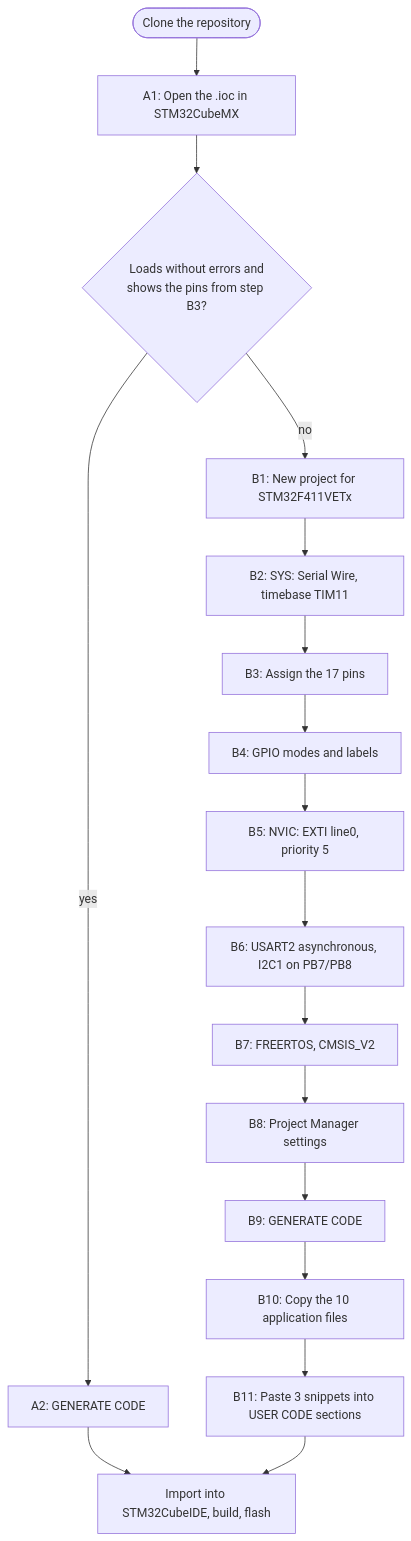
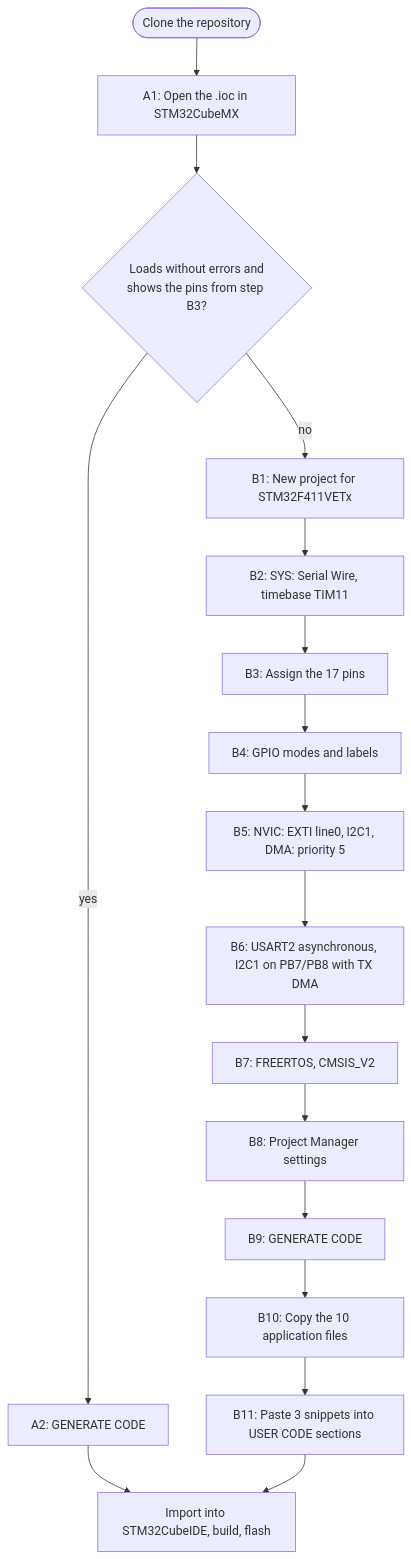
Before and after one commit to blurbler2/stm32f411-freertos-keypad: the diagram in docs/cubemx-setup.md, drawn with Mermaid. The commit also changed other lines of this file and 17 other files, not shown here.

````diff
--- a/docs/cubemx-setup.md
+++ b/docs/cubemx-setup.md
@@ -6,19 +6,19 @@
 ```mermaid
 flowchart TD
     S([Clone the repository]) --> A1[A1: Open the .ioc in STM32CubeMX]
     A1 --> Q{Loads without errors and<br/>shows the pins from step B3?}
     Q -- yes --> A2[A2: GENERATE CODE]
     Q -- no --> B1[B1: New project for STM32F411VETx]
     B1 --> B2[B2: SYS: Serial Wire, timebase TIM11]
     B2 --> B3[B3: Assign the 17 pins]
     B3 --> B4[B4: GPIO modes and labels]
-    B4 --> B5[B5: NVIC: EXTI line0, priority 5]
-    B5 --> B6[B6: USART2 asynchronous, I2C1 on PB7/PB8]
+    B4 --> B5[B5: NVIC: EXTI line0, I2C1, DMA: priority 5]
+    B5 --> B6[B6: USART2 asynchronous, I2C1 on PB7/PB8 with TX DMA]
     B6 --> B7[B7: FREERTOS, CMSIS_V2]
     B7 --> B8[B8: Project Manager settings]
     B8 --> B9[B9: GENERATE CODE]
     B9 --> B10[B10: Copy the 10 application files]
     B10 --> B11[B11: Paste 3 snippets into USER CODE sections]
     A2 --> C[Import into STM32CubeIDE, build, flash]
     B11 --> C
 ```
````
